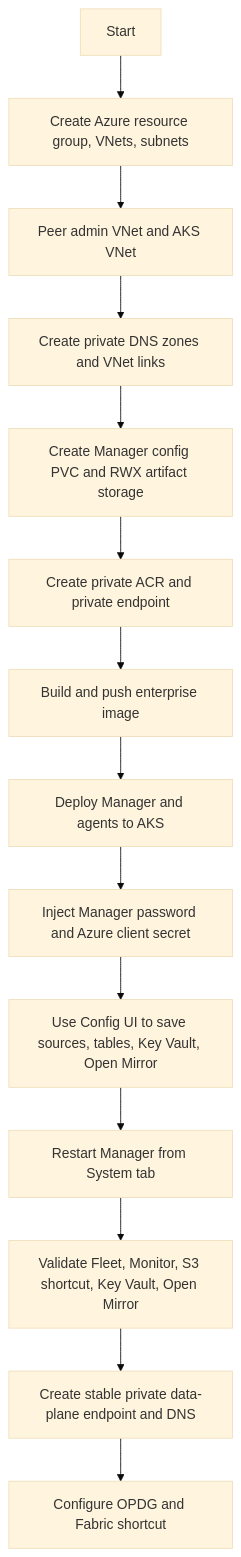
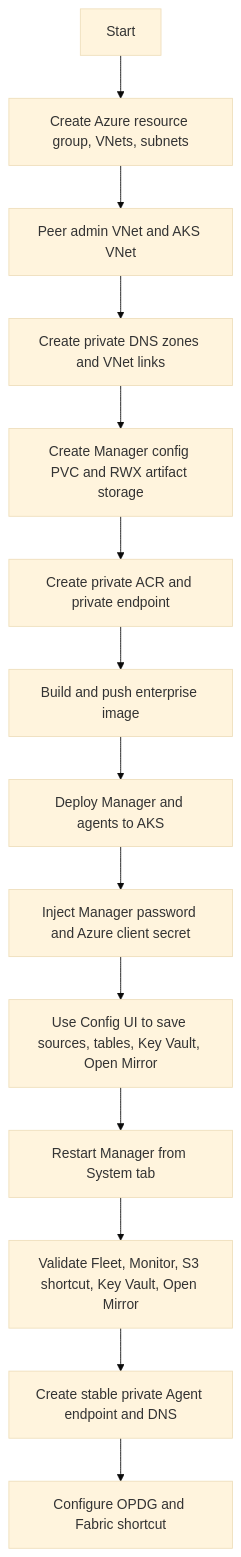
Before and after one commit to Andreas-bersgtedt/Fabric-Shortcut-Proxy: the eighth of 8 diagrams in docs/Enterprise_Deployment_guide.md, drawn with Mermaid (base theme). The commit also changed other lines of this file and 7 other files, not shown here.

Commit message:
Expose agent through stable internal load balancer

````diff
--- a/docs/Enterprise_Deployment_guide.md
+++ b/docs/Enterprise_Deployment_guide.md
@@ -649,16 +668,16 @@
 ```mermaid
 flowchart TD
   start[Start] --> infra[Create Azure resource group, VNets, subnets]
   infra --> peer[Peer admin VNet and AKS VNet]
   peer --> dns[Create private DNS zones and VNet links]
   dns --> storage[Create Manager config PVC and RWX artifact storage]
   storage --> acr[Create private ACR and private endpoint]
   acr --> image[Build and push enterprise image]
   image --> aks[Deploy Manager and agents to AKS]
   aks --> secrets[Inject Manager password and Azure client secret]
   secrets --> config[Use Config UI to save sources, tables, Key Vault, Open Mirror]
   config --> restart[Restart Manager from System tab]
   restart --> validate[Validate Fleet, Monitor, S3 shortcut, Key Vault, Open Mirror]
-  validate --> expose[Create stable private data-plane endpoint and DNS]
+  validate --> expose[Create stable private Agent endpoint and DNS]
   expose --> opdg[Configure OPDG and Fabric shortcut]
 ```
````
